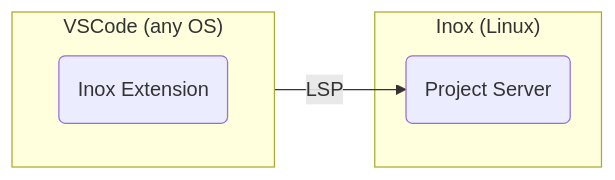
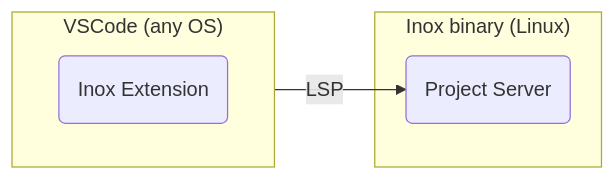
The first of 3 diagrams in README.md (inoxlang/inox), drawn with Mermaid before and after one commit. The commit also changed other lines of this file and 1 other file, not shown here.

````diff
--- a/README.md
+++ b/README.md
@@ -97,14 +97,14 @@
 ```mermaid
 graph LR
 
 subgraph VSCode["VSCode (any OS)"]
   direction LR
   InoxExtension(Inox Extension)
 end
 
 InoxExtension -->|LSP| ProjectServer
 
-subgraph InoxBinary["Inox (Linux)"]
+subgraph InoxBinary["Inox binary (Linux)"]
   ProjectServer(Project Server)
 end
 ```
````
